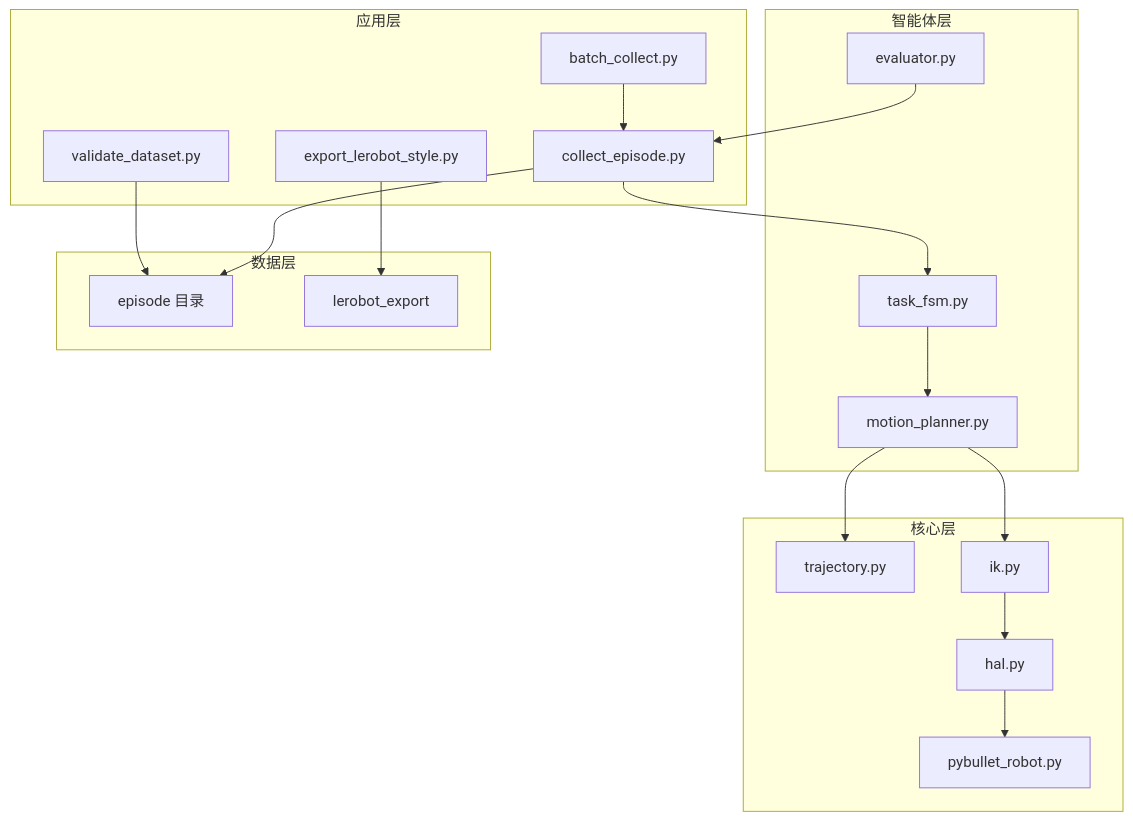
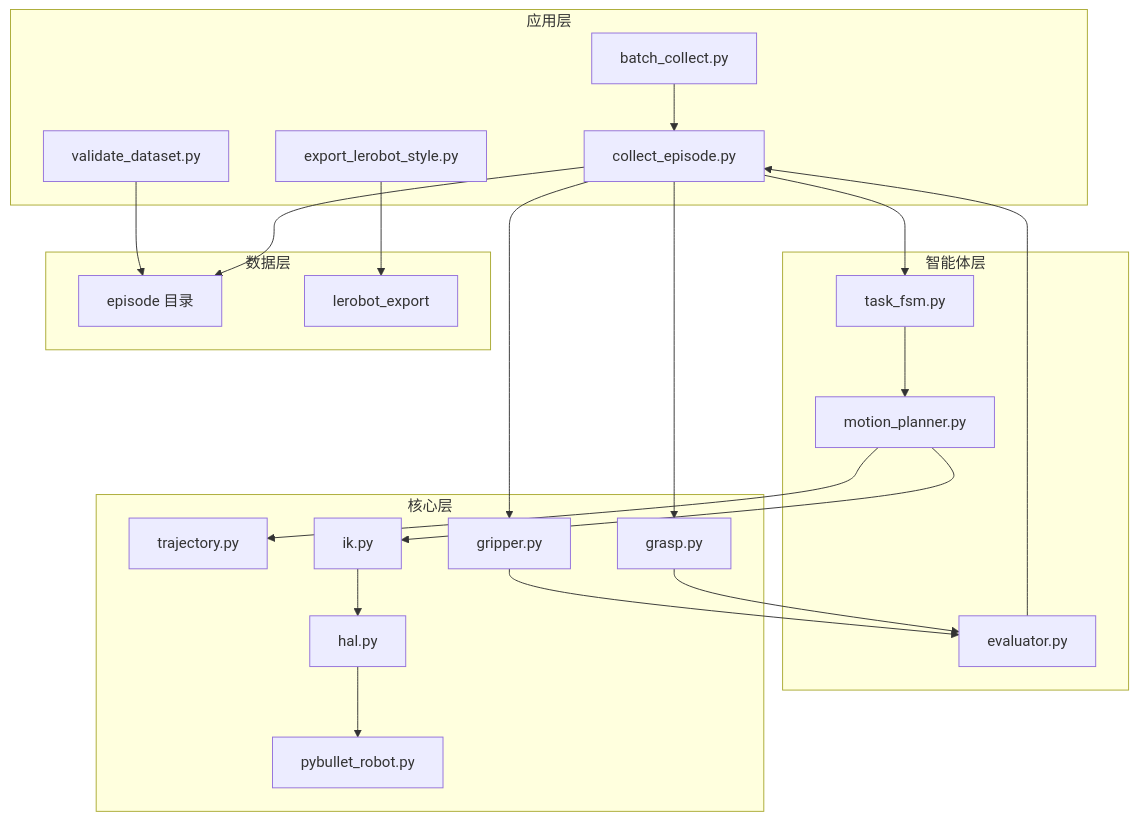
One commit to inayina/robot-arm-episode-data-lab changed the diagram in docs/portfolio/interview_walkthrough.md. Above: the diagram before and after it, drawn with Mermaid. The commit also changed other lines of this file and 12 other files, not shown here.

First line of the commit message:
Sync grasp/gripper docs and refresh portfolio demo GIFs.

````diff
--- a/docs/portfolio/interview_walkthrough.md
+++ b/docs/portfolio/interview_walkthrough.md
@@ -29,39 +29,45 @@
 ```mermaid
 flowchart TB
     subgraph 应用层
         CE[collect_episode.py]
         BC[batch_collect.py]
         VD[validate_dataset.py]
         EX[export_lerobot_style.py]
     end
 
     subgraph 智能体层
         FSM[task_fsm.py]
         MP[motion_planner.py]
         EV[evaluator.py]
     end
 
     subgraph 核心层
         TR[trajectory.py]
         IK[ik.py]
         HAL[hal.py]
         PBR[pybullet_robot.py]
+        GR[grasp.py]
+        GP[gripper.py]
     end
 
     subgraph 数据层
         EP[episode 目录]
         LR[lerobot_export]
     end
 
     CE --> FSM
     FSM --> MP
     MP --> TR
     MP --> IK
     IK --> HAL
     HAL --> PBR
+    CE --> GR
+    CE --> GP
+    GR --> EV
+    GP --> EV
     EV --> CE
     CE --> EP
     BC --> CE
     VD --> EP
     EX --> LR
 ```
````
